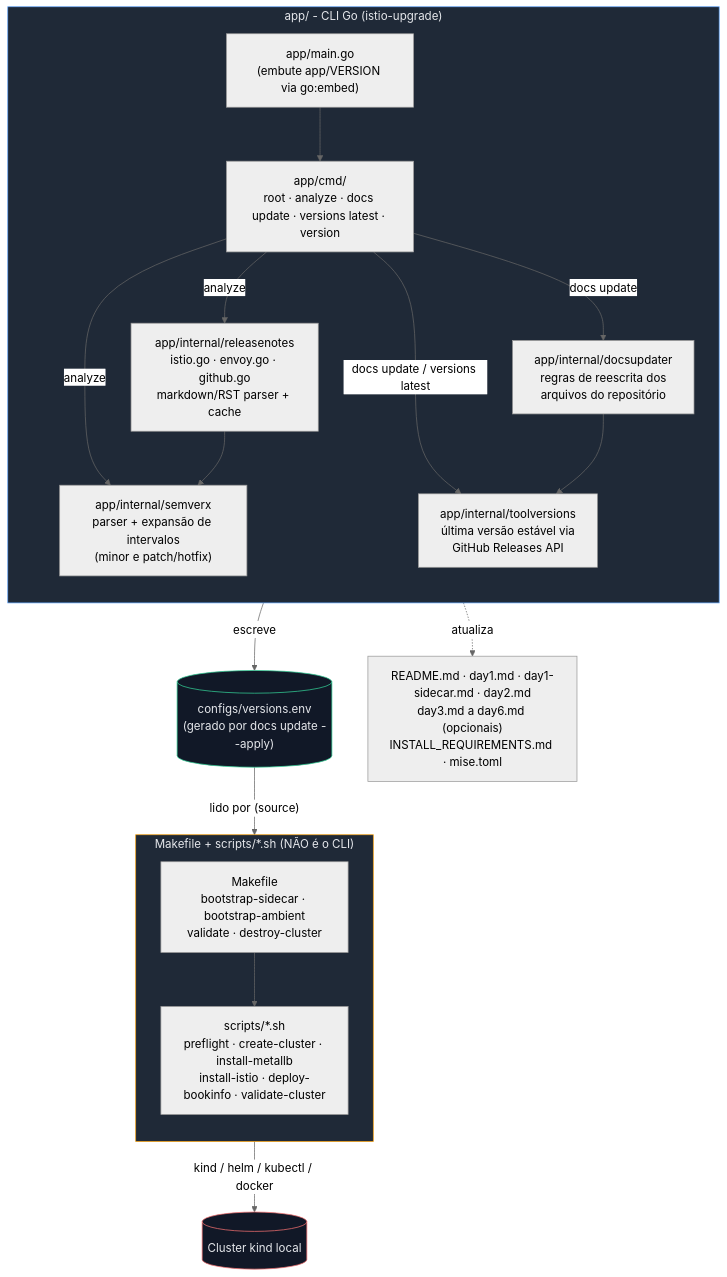
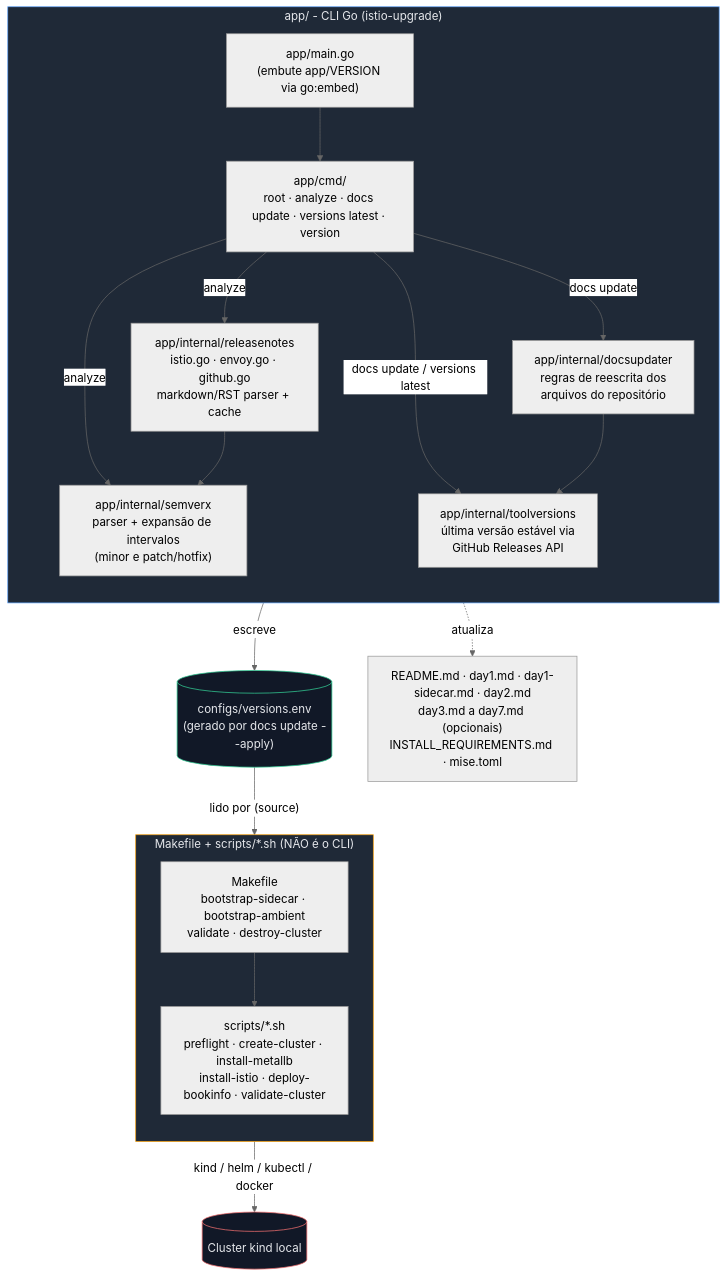
One commit to aeciopires/learning-istio changed the first of 2 diagrams in agents/upgrade/README.md. Above: the diagram before and after it, drawn with Mermaid (neutral theme). The commit also changed other lines of this file and 2 other files, not shown here.

First line of the commit message:
Document Helm 4, Argo CD, the jwt subcommand and Day 7

````diff
--- a/agents/upgrade/README.md
+++ b/agents/upgrade/README.md
@@ -49,39 +55,39 @@
 ```mermaid
 flowchart TB
     subgraph CLI["app/ - CLI Go (istio-upgrade)"]
         direction TB
         main["app/main.go\n(embute app/VERSION via go:embed)"]
         cmdpkg["app/cmd/\nroot · analyze · docs update · versions latest · version"]
         semverx["app/internal/semverx\nparser + expansão de intervalos\n(minor e patch/hotfix)"]
         releasenotes["app/internal/releasenotes\nistio.go · envoy.go · github.go\nmarkdown/RST parser + cache"]
         toolversions["app/internal/toolversions\núltima versão estável via\nGitHub Releases API"]
         docsupdater["app/internal/docsupdater\nregras de reescrita dos\narquivos do repositório"]
 
         main --> cmdpkg
         cmdpkg -- "analyze" --> semverx
         cmdpkg -- "analyze" --> releasenotes
         releasenotes --> semverx
         cmdpkg -- "docs update / versions latest" --> toolversions
         cmdpkg -- "docs update" --> docsupdater
         docsupdater --> toolversions
     end
 
     versionsEnv[("configs/versions.env\n(gerado por docs update --apply)")]
     docsupdater -- escreve --> versionsEnv
-    docsupdater -. atualiza .-> repoDocs["README.md · day1.md · day1-sidecar.md · day2.md\nday3.md a day6.md (opcionais)\nINSTALL_REQUIREMENTS.md · mise.toml"]
+    docsupdater -. atualiza .-> repoDocs["README.md · day1.md · day1-sidecar.md · day2.md\nday3.md a day7.md (opcionais)\nINSTALL_REQUIREMENTS.md · mise.toml"]
 
     subgraph AUTOMATION["Makefile + scripts/*.sh (NÃO é o CLI)"]
         direction TB
         makefile["Makefile\nbootstrap-sidecar · bootstrap-ambient\nvalidate · destroy-cluster"]
         scripts["scripts/*.sh\npreflight · create-cluster · install-metallb\ninstall-istio · deploy-bookinfo · validate-cluster"]
         makefile --> scripts
     end
 
     versionsEnv -- "lido por (source)" --> scripts
     scripts -- "kind / helm / kubectl / docker" --> cluster[("Cluster kind local")]
 
     style CLI fill:#1f2937,stroke:#60a5fa,color:#e5e7eb
     style AUTOMATION fill:#1f2937,stroke:#f59e0b,color:#e5e7eb
     style versionsEnv fill:#111827,stroke:#34d399,color:#e5e7eb
     style cluster fill:#111827,stroke:#f87171,color:#e5e7eb
 ```
````
